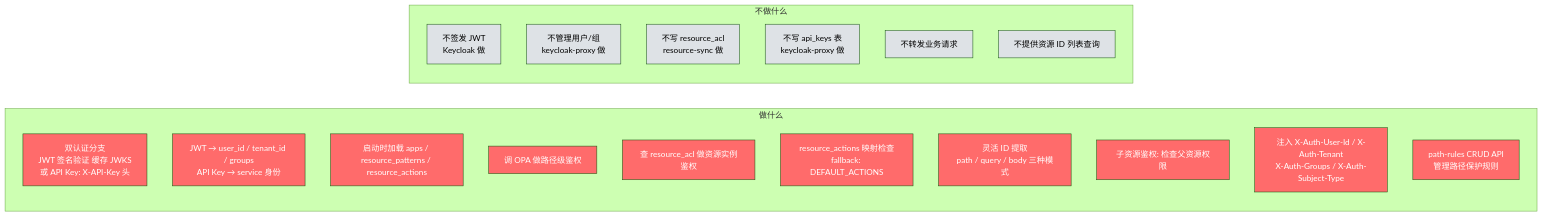
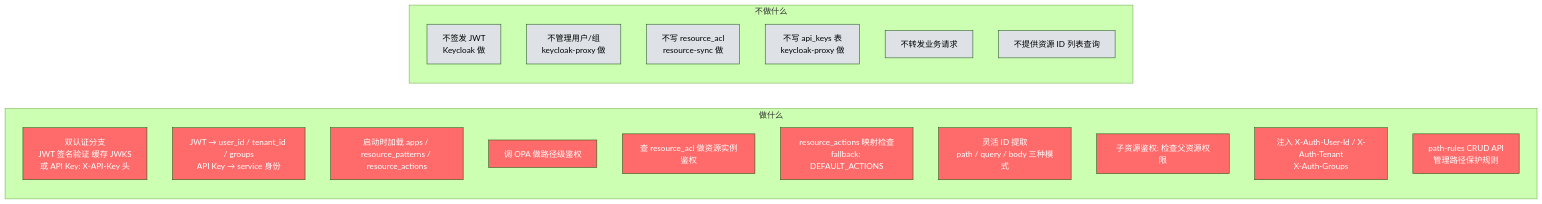
Before and after one commit to xiewanchao/aidp-iam: the third of 12 diagrams in diagrams/component-responsibility.md, drawn with Mermaid (forest theme). The commit also changed other lines of this file and 3 other files, not shown here.

First line of the commit message:
docs: remove X-Auth-Subject-Type from docs (header not implemented)

````diff
--- a/diagrams/component-responsibility.md
+++ b/diagrams/component-responsibility.md
@@ -152,41 +152,41 @@
 ```mermaid
 flowchart LR
     subgraph 做什么
         A1[双认证分支<br/>JWT 签名验证 缓存 JWKS<br/>或 API Key: X-API-Key 头]
         A2[JWT → user_id / tenant_id / groups<br/>API Key → service 身份]
         A3[启动时加载 apps / resource_patterns / resource_actions]
         A4[调 OPA 做路径级鉴权]
         A5[查 resource_acl 做资源实例鉴权]
         A6[resource_actions 映射检查<br/>fallback: DEFAULT_ACTIONS]
         A7[灵活 ID 提取<br/>path / query / body 三种模式]
         A8[子资源鉴权: 检查父资源权限]
-        A9[注入 X-Auth-User-Id / X-Auth-Tenant<br/>X-Auth-Groups / X-Auth-Subject-Type]
+        A9[注入 X-Auth-User-Id / X-Auth-Tenant<br/>X-Auth-Groups]
         A10[path-rules CRUD API<br/>管理路径保护规则]
     end
 
     subgraph 不做什么
         B1[不签发 JWT<br/>Keycloak 做]
         B2[不管理用户/组<br/>keycloak-proxy 做]
         B3[不写 resource_acl<br/>resource-sync 做]
         B4[不写 api_keys 表<br/>keycloak-proxy 做]
         B5[不转发业务请求]
         B6[不提供资源 ID 列表查询]
     end
 
     style A1 fill:#ff6b6b,color:#fff
     style A2 fill:#ff6b6b,color:#fff
     style A3 fill:#ff6b6b,color:#fff
     style A4 fill:#ff6b6b,color:#fff
     style A5 fill:#ff6b6b,color:#fff
     style A6 fill:#ff6b6b,color:#fff
     style A7 fill:#ff6b6b,color:#fff
     style A8 fill:#ff6b6b,color:#fff
     style A9 fill:#ff6b6b,color:#fff
     style A10 fill:#ff6b6b,color:#fff
     style B1 fill:#dee2e6,color:#000
     style B2 fill:#dee2e6,color:#000
     style B3 fill:#dee2e6,color:#000
     style B4 fill:#dee2e6,color:#000
     style B5 fill:#dee2e6,color:#000
     style B6 fill:#dee2e6,color:#000
 ```
````
